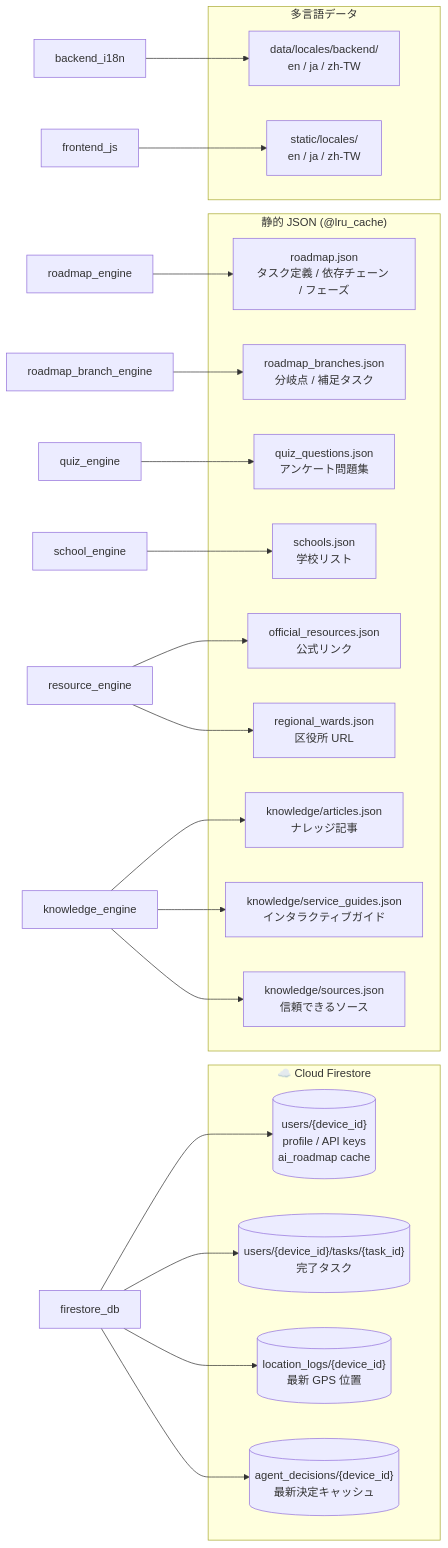
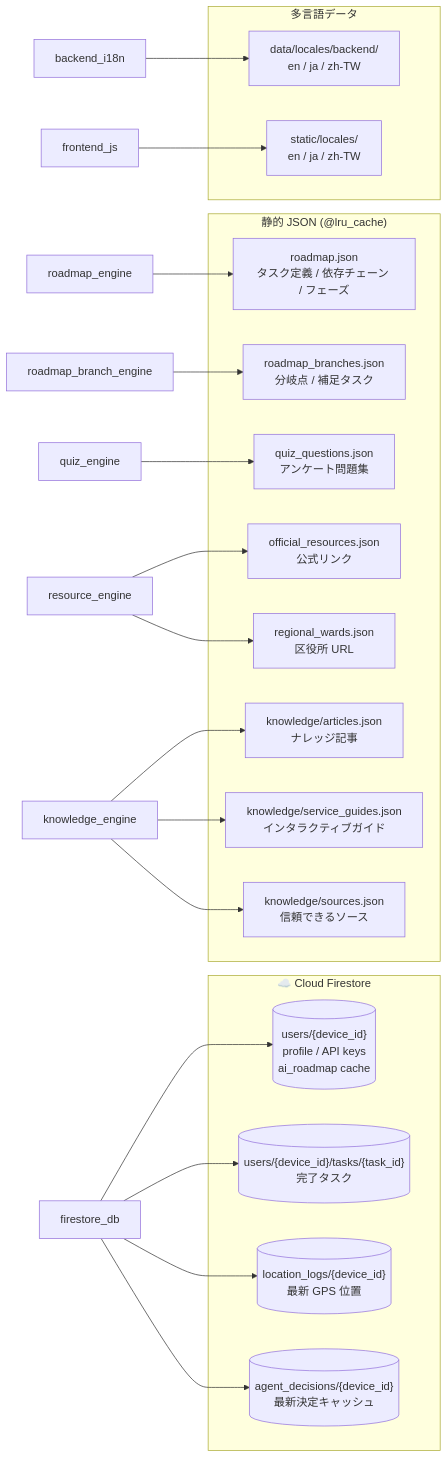
The fourth of 6 diagrams in ARCHITECTURE_JA.md (faetstoree/HARU), drawn with Mermaid before and after one commit. The commit also changed other lines of this file and 1 other file, not shown here.

Commit message:
Update ARCHITECTURE docs: remove school engine, update API endpoints and AI layer

````diff
--- a/ARCHITECTURE_JA.md
+++ b/ARCHITECTURE_JA.md
@@ -186,42 +191,40 @@
 ```mermaid
 graph LR
     subgraph Firestore["☁️ Cloud Firestore"]
         T1[("users/{device_id}<br/>profile / API keys<br/>ai_roadmap cache")]
         T2[("users/{device_id}/tasks/{task_id}<br/>完了タスク")]
         T3[("location_logs/{device_id}<br/>最新 GPS 位置")]
         T4[("agent_decisions/{device_id}<br/>最新決定キャッシュ")]
     end
 
     subgraph JSON["静的 JSON (@lru_cache)"]
         J1["roadmap.json<br/>タスク定義 / 依存チェーン / フェーズ"]
         J2["roadmap_branches.json<br/>分岐点 / 補足タスク"]
         J3["quiz_questions.json<br/>アンケート問題集"]
-        J4["schools.json<br/>学校リスト"]
-        J5["official_resources.json<br/>公式リンク"]
-        J6["regional_wards.json<br/>区役所 URL"]
-        J7["knowledge/articles.json<br/>ナレッジ記事"]
-        J8["knowledge/service_guides.json<br/>インタラクティブガイド"]
-        J9["knowledge/sources.json<br/>信頼できるソース"]
+        J4["official_resources.json<br/>公式リンク"]
+        J5["regional_wards.json<br/>区役所 URL"]
+        J6["knowledge/articles.json<br/>ナレッジ記事"]
+        J7["knowledge/service_guides.json<br/>インタラクティブガイド"]
+        J8["knowledge/sources.json<br/>信頼できるソース"]
     end
 
     subgraph I18N["多言語データ"]
         L1["data/locales/backend/<br/>en / ja / zh-TW"]
         L2["static/locales/<br/>en / ja / zh-TW"]
     end
 
     firestore_db --> T1
     firestore_db --> T2
     firestore_db --> T3
     firestore_db --> T4
     roadmap_engine --> J1
     roadmap_branch_engine --> J2
     quiz_engine --> J3
-    school_engine --> J4
+    resource_engine --> J4
     resource_engine --> J5
-    resource_engine --> J6
+    knowledge_engine --> J6
     knowledge_engine --> J7
     knowledge_engine --> J8
-    knowledge_engine --> J9
     backend_i18n --> L1
     frontend_js --> L2
 ```
````
